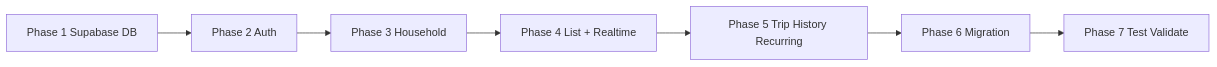
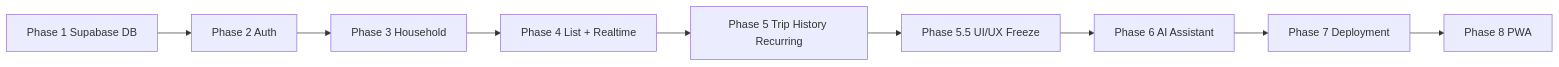
One commit to EfratMatalon/breezy-shopping-trip changed the diagram in PLAN.md. Above: the diagram before and after it, drawn with Mermaid. The commit also changed other lines of this file and 161 other files, not shown here.

````diff
--- a/PLAN.md
+++ b/PLAN.md
@@ -29,12 +45,14 @@
 ```mermaid
 flowchart LR
   P1[Phase 1 Supabase DB]
   P2[Phase 2 Auth]
   P3[Phase 3 Household]
   P4[Phase 4 List + Realtime]
   P5[Phase 5 Trip History Recurring]
-  P6[Phase 6 Migration]
-  P7[Phase 7 Test Validate]
+  P55[Phase 5.5 UI/UX Freeze]
+  P6[Phase 6 AI Assistant]
+  P7[Phase 7 Deployment]
+  P8[Phase 8 PWA]
 
-  P1 --> P2 --> P3 --> P4 --> P5 --> P6 --> P7
+  P1 --> P2 --> P3 --> P4 --> P5 --> P55 --> P6 --> P7 --> P8
 ```
````
